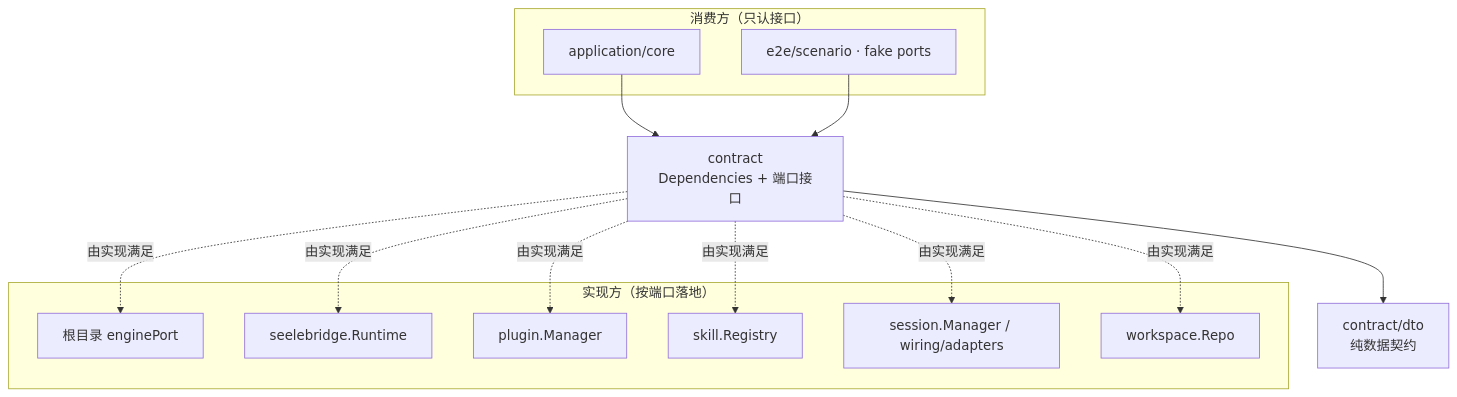
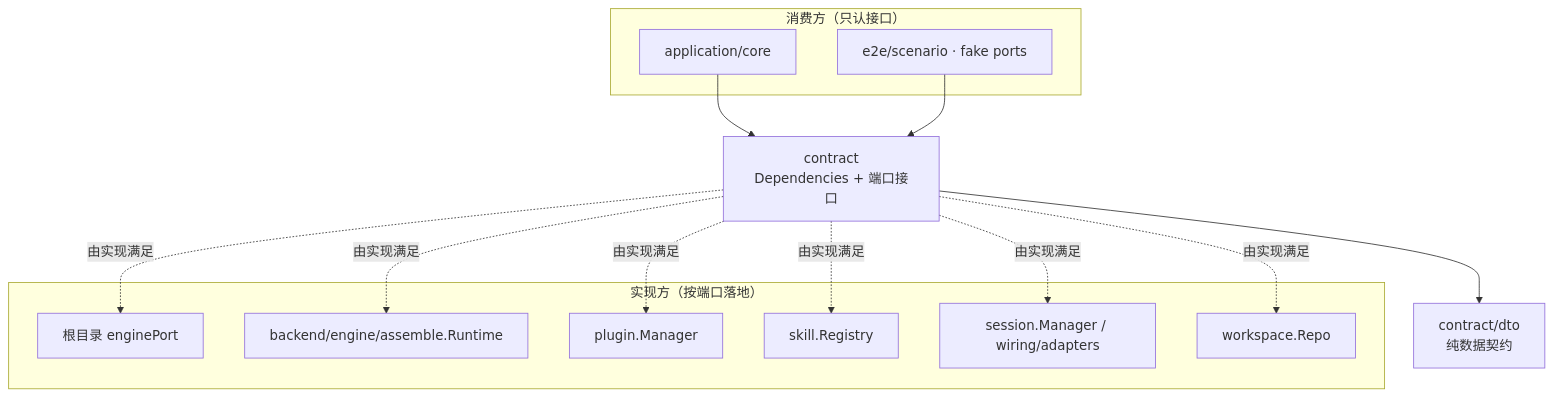
Before and after one commit to RedHuang-0622/seelex: the first of 2 diagrams in contract/README.md, drawn with Mermaid. The commit also changed other lines of this file and 28 other files, not shown here.

````diff
--- a/contract/README.md
+++ b/contract/README.md
@@ -17,30 +17,30 @@
 ```mermaid
 flowchart TB
     subgraph CONSUMER["消费方（只认接口）"]
         CORE["application/core"]
         TEST["e2e/scenario · fake ports"]
     end
 
     CONTRACT["contract<br/>Dependencies + 端口接口"]
 
     subgraph IMPL["实现方（按端口落地）"]
         ENGINE["根目录 enginePort"]
-        RUNTIME["seelebridge.Runtime"]
+        RUNTIME["backend/engine/assemble.Runtime"]
         PLUGIN["plugin.Manager"]
         SKILL["skill.Registry"]
         SESSION["session.Manager / wiring/adapters"]
         WS["workspace.Repo"]
     end
 
     DTO["contract/dto<br/>纯数据契约"]
 
     CORE --> CONTRACT
     TEST --> CONTRACT
     CONTRACT --> DTO
     CONTRACT -.->|由实现满足| ENGINE
     CONTRACT -.->|由实现满足| RUNTIME
     CONTRACT -.->|由实现满足| PLUGIN
     CONTRACT -.->|由实现满足| SKILL
     CONTRACT -.->|由实现满足| SESSION
     CONTRACT -.->|由实现满足| WS
 ```
````
